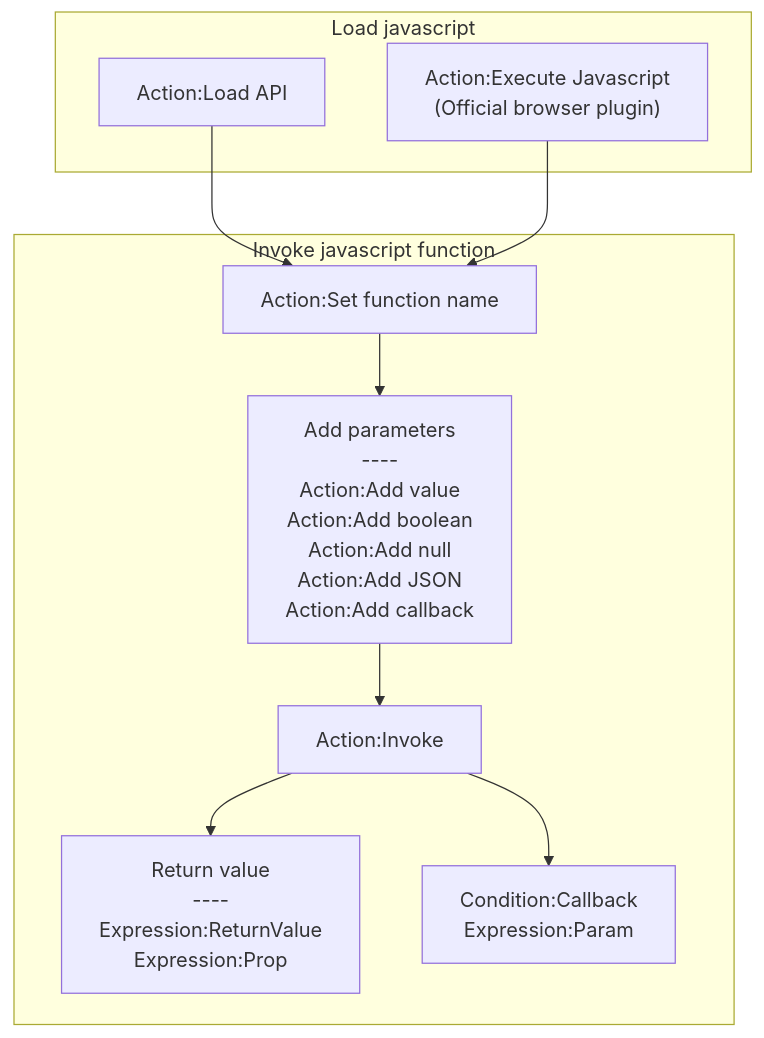
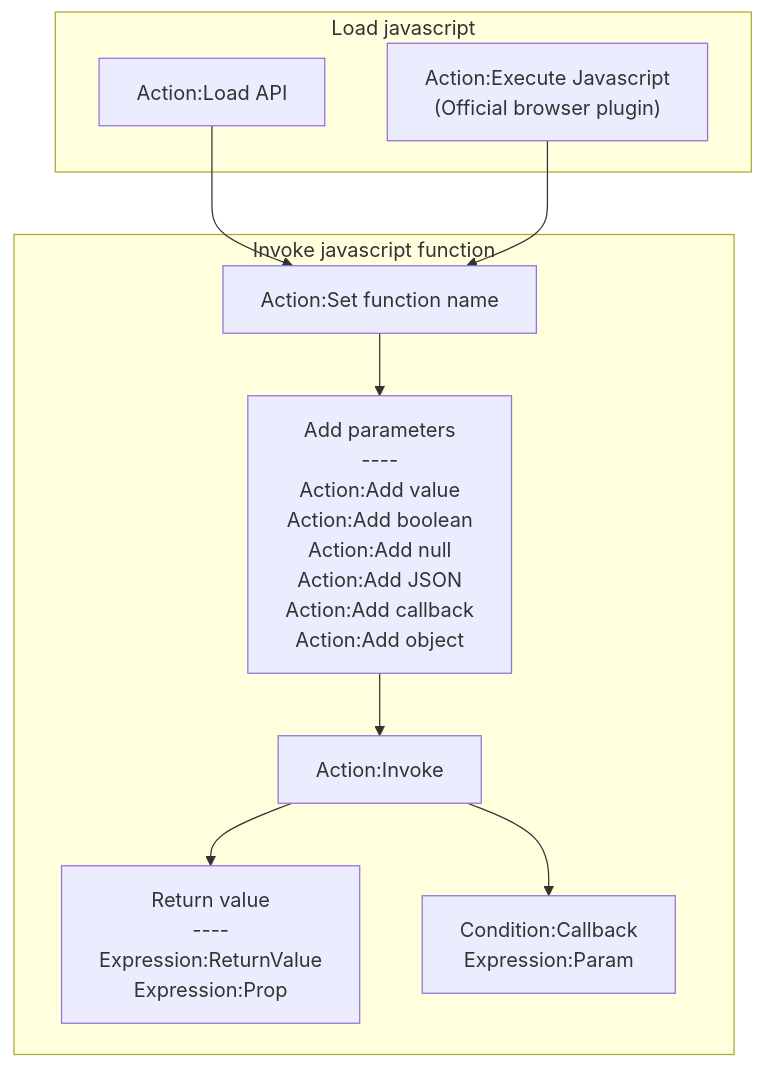
The first of 2 diagrams in plugins.md/rex_jsshell.md (rexrainbow/C2RexDoc), drawn with Mermaid before and after one commit. The commit also changed other lines of this file and 6 other files, not shown here.

````diff
--- a/plugins.md/rex_jsshell.md
+++ b/plugins.md/rex_jsshell.md
@@ -26,25 +26,25 @@
 ```mermaid
 graph TB
 
 LoadJSCode["Action:Load API"] --> SetFnName["Action:Set function name"]
-SetFnName --> AddParam["Add parameters<br>----<br>Action:Add value<br>Action:Add boolean<br>Action:Add null<br>Action:Add JSON<br>Action:Add callback"]
+SetFnName --> AddParam["Add parameters<br>----<br>Action:Add value<br>Action:Add boolean<br>Action:Add null<br>Action:Add JSON<br>Action:Add callback<br>Action:Add object"]
 AddParam --> Invoke["Action:Invoke"]
 Invoke --> ReturnValue["Return value<br>----<br>Expression:ReturnValue<br>Expression:Prop"]
 
 ExecJS["Action:Execute Javascript<br>(Official browser plugin)"] --> SetFnName
 
 Invoke --> Callback["Condition:Callback<br>Expression:Param"]
 
 subgraph Load javascript
 LoadJSCode
 ExecJS
 end
 
 subgraph Invoke javascript function
 SetFnName
 AddParam
 Invoke
 ReturnValue
 Callback
 end
 ```
````
